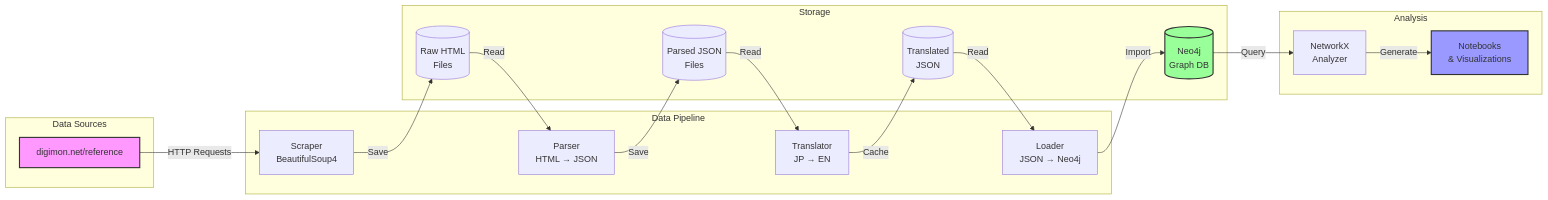
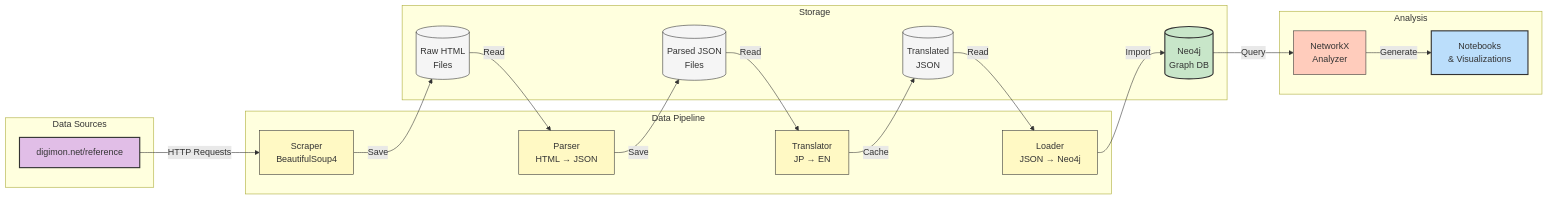
The first of 4 diagrams in CLAUDE.md (Ricoledan/digimon-knowledge-graph), drawn with Mermaid before and after one commit. The commit also changed other lines of this file and 1 other file, not shown here.

Commit message:
add diagrams

````diff
--- a/CLAUDE.md
+++ b/CLAUDE.md
@@ -85,40 +114,48 @@
 ```mermaid
 flowchart LR
     subgraph "Data Sources"
         A[digimon.net/reference]
     end
     
     subgraph "Data Pipeline"
         B[Scraper<br/>BeautifulSoup4]
         C[Parser<br/>HTML → JSON]
         D[Translator<br/>JP → EN]
         E[Loader<br/>JSON → Neo4j]
     end
     
     subgraph "Storage"
         F[(Raw HTML<br/>Files)]
         G[(Parsed JSON<br/>Files)]
         H[(Translated<br/>JSON)]
         I[(Neo4j<br/>Graph DB)]
     end
     
     subgraph "Analysis"
         J[NetworkX<br/>Analyzer]
         K[Notebooks<br/>& Visualizations]
     end
     
     A -->|HTTP Requests| B
     B -->|Save| F
     F -->|Read| C
     C -->|Save| G
     G -->|Read| D
     D -->|Cache| H
     H -->|Read| E
     E -->|Import| I
     I -->|Query| J
     J -->|Generate| K
     
-    style A fill:#f9f,stroke:#333,stroke-width:2px
-    style I fill:#9f9,stroke:#333,stroke-width:2px
-    style K fill:#99f,stroke:#333,stroke-width:2px
+    style A fill:#e1bee7,stroke:#333,stroke-width:2px
+    style I fill:#c8e6c9,stroke:#333,stroke-width:2px
+    style K fill:#bbdefb,stroke:#333,stroke-width:2px
+    style B fill:#fff9c4,stroke:#333,stroke-width:1px
+    style C fill:#fff9c4,stroke:#333,stroke-width:1px
+    style D fill:#fff9c4,stroke:#333,stroke-width:1px
+    style E fill:#fff9c4,stroke:#333,stroke-width:1px
+    style F fill:#f5f5f5,stroke:#333,stroke-width:1px
+    style G fill:#f5f5f5,stroke:#333,stroke-width:1px
+    style H fill:#f5f5f5,stroke:#333,stroke-width:1px
+    style J fill:#ffccbc,stroke:#333,stroke-width:1px
 ```
````
